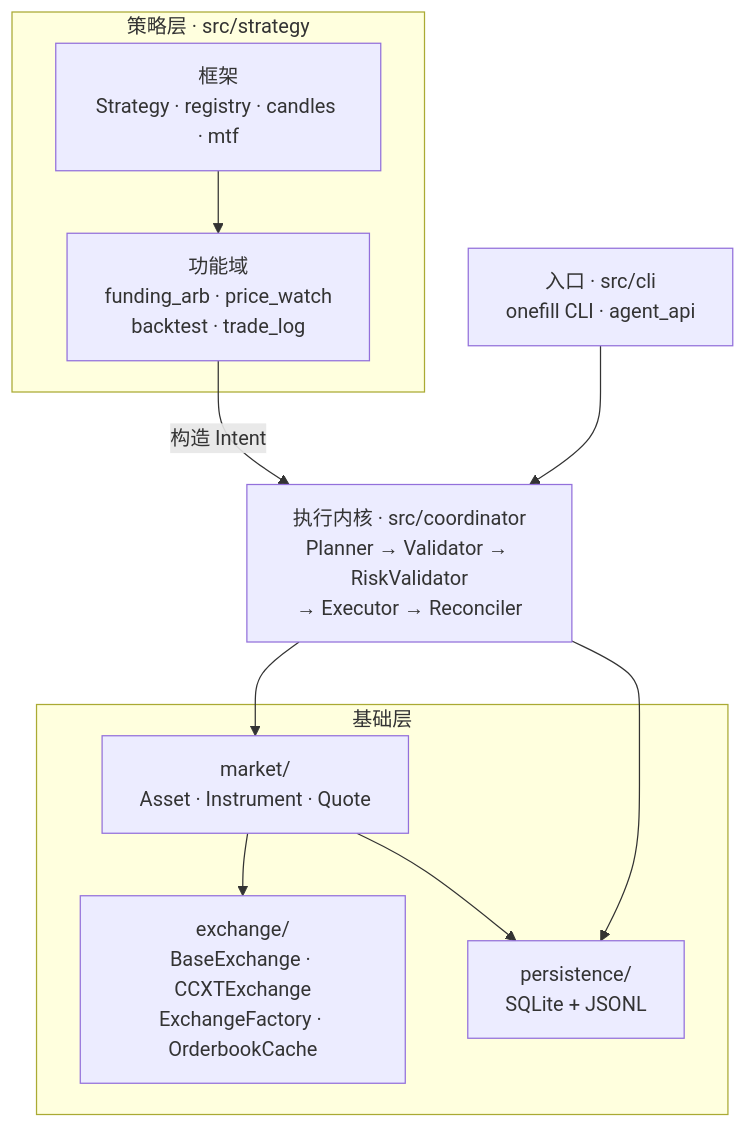
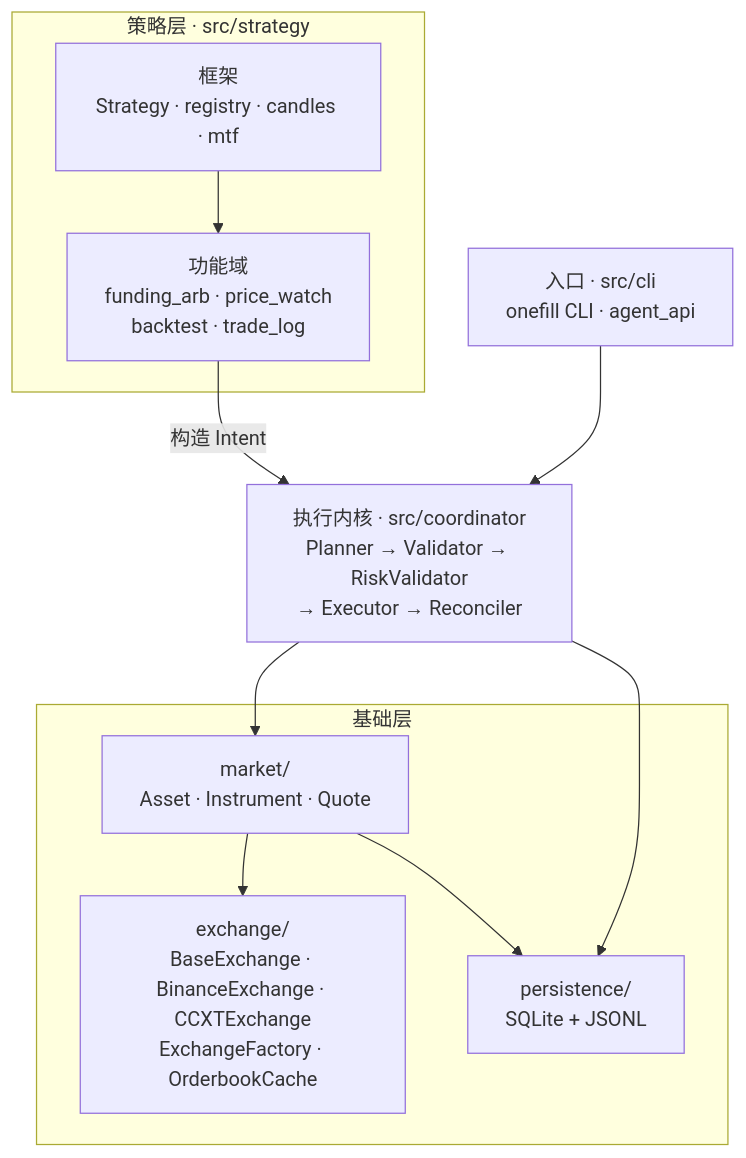
One commit to 0xkayne/OmniTrade changed the diagram in README.md. Above: the diagram before and after it, drawn with Mermaid. The commit also changed other lines of this file and 40 other files, not shown here.

````diff
--- a/README.md
+++ b/README.md
@@ -306,25 +318,25 @@
 ```mermaid
 flowchart TB
     CLI["入口 · src/cli<br/>onefill CLI · agent_api"]
 
     subgraph STRAT["策略层 · src/strategy"]
         FRAME["框架<br/>Strategy · registry · candles · mtf"]
         FEAT["功能域<br/>funding_arb · price_watch<br/>backtest · trade_log"]
     end
 
     CORE["执行内核 · src/coordinator<br/>Planner → Validator → RiskValidator<br/>→ Executor → Reconciler"]
 
     subgraph BASE["基础层"]
         MARKET["market/<br/>Asset · Instrument · Quote"]
-        EXCH["exchange/<br/>BaseExchange · CCXTExchange<br/>ExchangeFactory · OrderbookCache"]
+        EXCH["exchange/<br/>BaseExchange · BinanceExchange · CCXTExchange<br/>ExchangeFactory · OrderbookCache"]
         PERSIST["persistence/<br/>SQLite + JSONL"]
     end
 
     CLI --> CORE
     FRAME --> FEAT
     FEAT -->|构造 Intent| CORE
     CORE --> MARKET
     CORE --> PERSIST
     MARKET --> EXCH
     MARKET --> PERSIST
 ```
````
